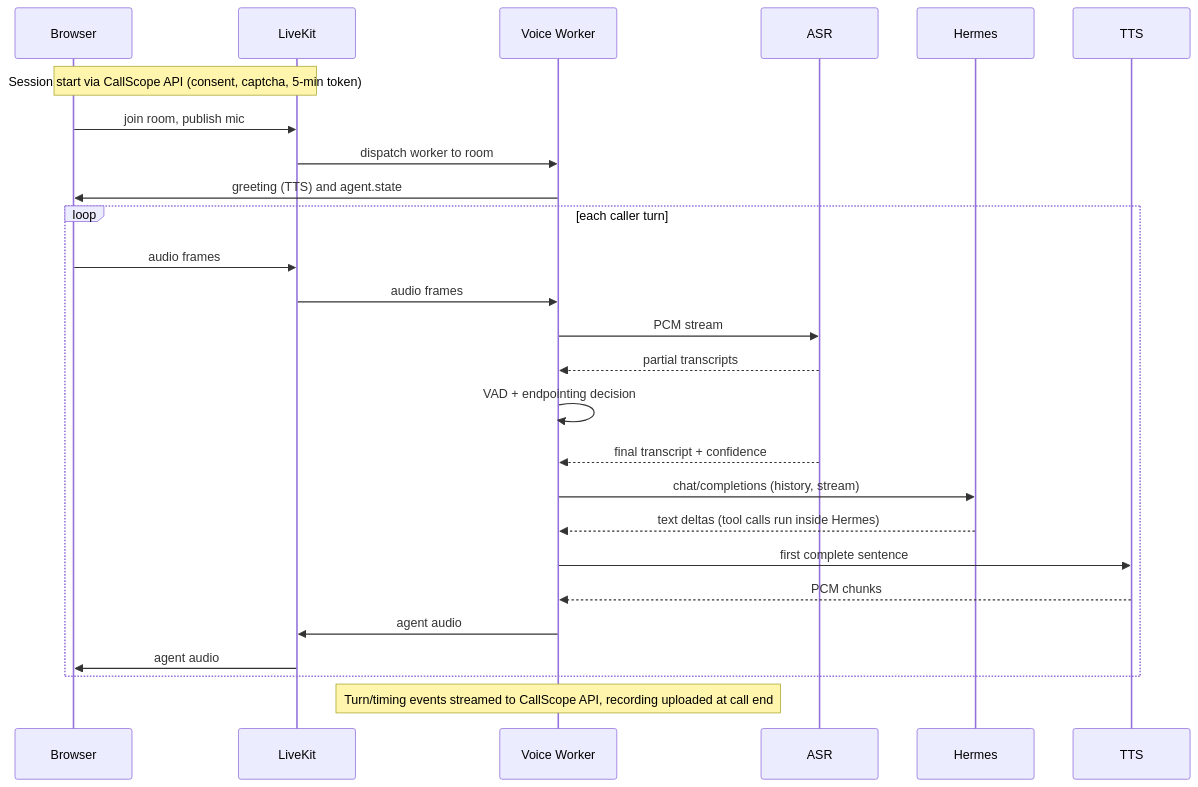
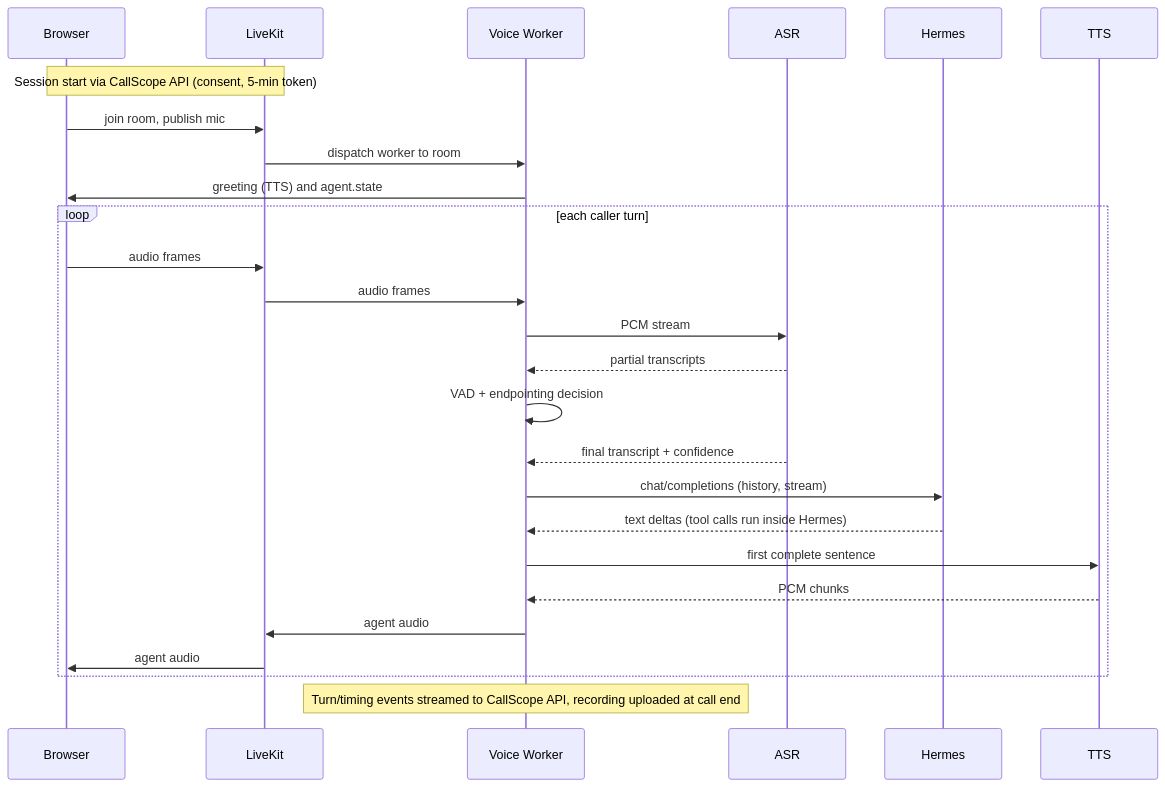
Before and after one commit to Aadigha-git/callscope: the second of 8 diagrams in docs/design/CallScope_Phase3_Design.md, drawn with Mermaid. The commit also changed other lines of this file and 31 other files, not shown here.

First line of the commit message:
chore(docs): rescope CallScope to local Apple Silicon + Token Factory (#54)

````diff
--- a/docs/design/CallScope_Phase3_Design.md
+++ b/docs/design/CallScope_Phase3_Design.md
@@ -242,28 +263,28 @@
 ```mermaid
 sequenceDiagram
   participant B as Browser
   participant LK as LiveKit
   participant W as Voice Worker
   participant A as ASR
   participant H as Hermes
   participant T as TTS
-  Note over B,LK: Session start via CallScope API (consent, captcha, 5-min token)
+  Note over B,LK: Session start via CallScope API (consent, 5-min token)
   B->>LK: join room, publish mic
   LK->>W: dispatch worker to room
   W->>B: greeting (TTS) and agent.state
   loop each caller turn
     B->>LK: audio frames
     LK->>W: audio frames
     W->>A: PCM stream
     A-->>W: partial transcripts
     W->>W: VAD + endpointing decision
     A-->>W: final transcript + confidence
     W->>H: chat/completions (history, stream)
     H-->>W: text deltas (tool calls run inside Hermes)
     W->>T: first complete sentence
     T-->>W: PCM chunks
     W->>LK: agent audio
     LK->>B: agent audio
   end
   Note over W: Turn/timing events streamed to CallScope API, recording uploaded at call end
 ```
````
